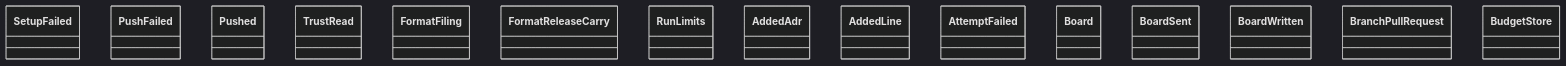
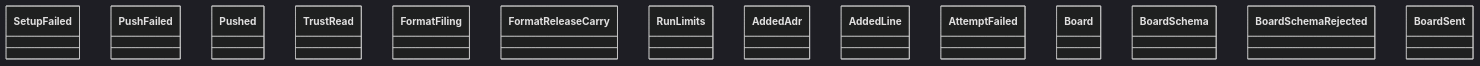
Before and after one commit to GonzaloZevallos/agentic-system: the diagram in docs/architecture/generated/classes-process-application-support-1.md, drawn with Mermaid (dark theme). The commit also changed other lines of this file and 58 other files, not shown here.

Commit message:
Docs: regenerate the architecture pages for the board_schema module

````diff
--- a/docs/architecture/generated/classes-process-application-support-1.md
+++ b/docs/architecture/generated/classes-process-application-support-1.md
@@ -20,18 +21,17 @@
 ```mermaid
 classDiagram
     class checkouts__SetupFailed["SetupFailed"]
     class ci_push__PushFailed["PushFailed"]
     class ci_push__Pushed["Pushed"]
     class ci_trust__TrustRead["TrustRead"]
     class format_issue__FormatFiling["FormatFiling"]
     class format_release__FormatReleaseCarry["FormatReleaseCarry"]
     class limits__RunLimits["RunLimits"]
     class ports__AddedAdr["AddedAdr"]
     class ports__AddedLine["AddedLine"]
     class ports__AttemptFailed["AttemptFailed"]
     class ports__Board["Board"]
+    class ports__BoardSchema["BoardSchema"]
+    class ports__BoardSchemaRejected["BoardSchemaRejected"]
     class ports__BoardSent["BoardSent"]
-    class ports__BoardWritten["BoardWritten"]
-    class ports__BranchPullRequest["BranchPullRequest"]
-    class ports__BudgetStore["BudgetStore"]
 ```
````
